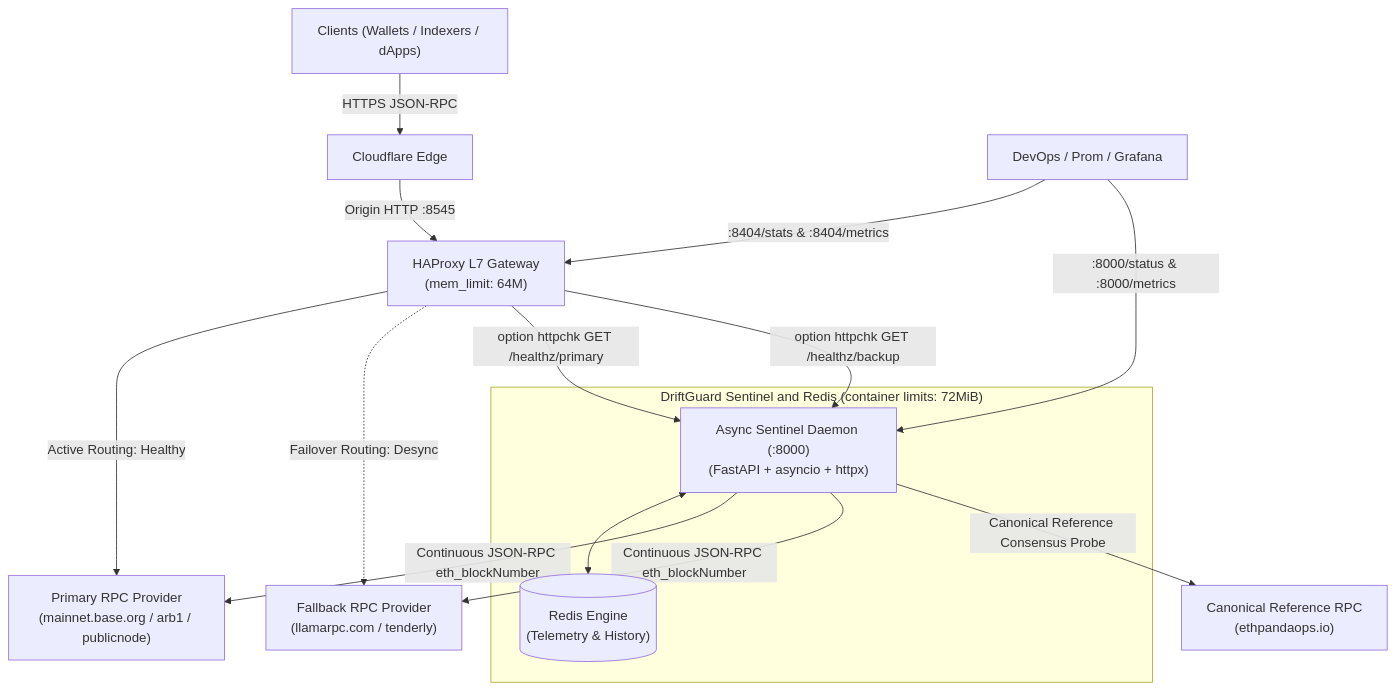
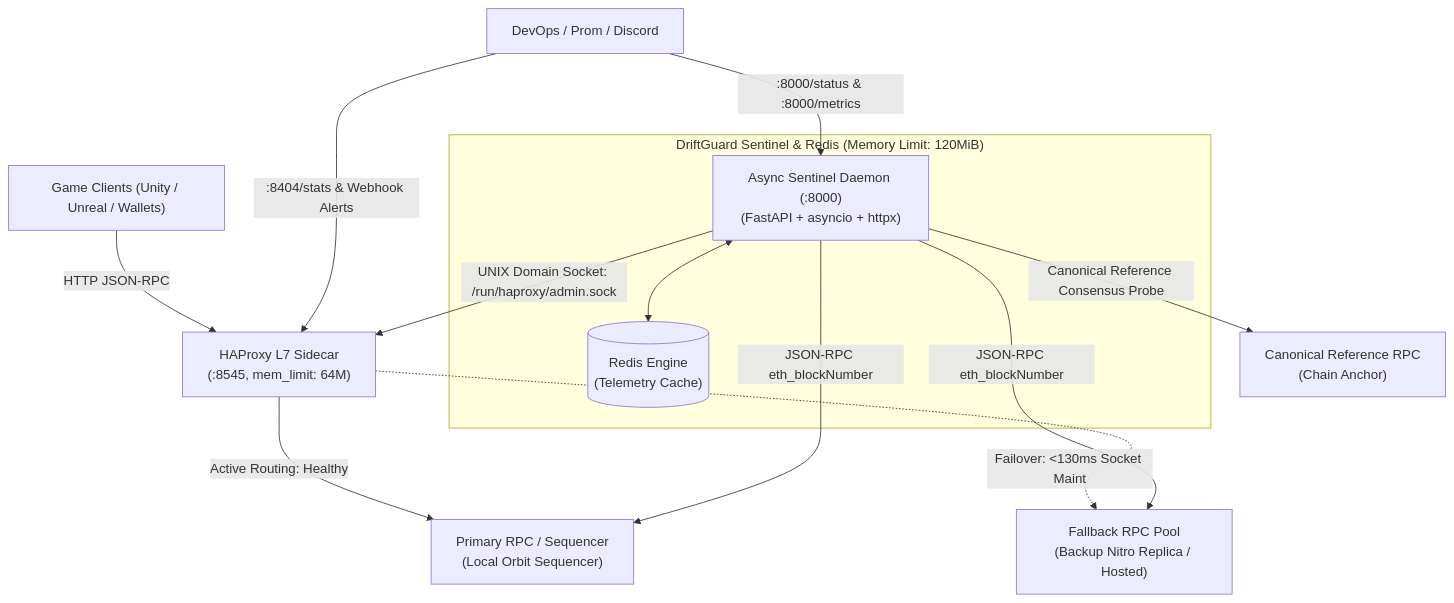
Before and after one commit to maskalfreeup-glitch/driftguard: the diagram in README.md, drawn with Mermaid. The commit also changed other lines of this file and 9 other files, not shown here.

Commit message:
docs(positioning): pivot project framing to orbit l3 sidecar tooling and integrate oct 4 post-mortem

````diff
--- a/README.md
+++ b/README.md
@@ -177,24 +208,22 @@
 ```mermaid
 flowchart TD
-    Client["Clients (Wallets / Indexers / dApps)"] -->|HTTPS JSON-RPC| CF["Cloudflare Edge"]
-    CF -->|Origin HTTP :8545| HAP["HAProxy L7 Gateway\n(mem_limit: 64M)"]
+    Client["Game Clients (Unity / Unreal / Wallets)"] -->|HTTP JSON-RPC| HAP["HAProxy L7 Sidecar\n(:8545, mem_limit: 64M)"]
     
-    HAP -->|Active Routing: Healthy| P["Primary RPC Provider\n(mainnet.base.org / arb1 / publicnode)"]
-    HAP -.->|Failover Routing: Desync| F["Fallback RPC Provider\n(llamarpc.com / tenderly)"]
+    HAP -->|Active Routing: Healthy| P["Primary RPC / Sequencer\n(Local Orbit Sequencer)"]
+    HAP -.->|Failover: <130ms Socket Maint| F["Fallback RPC Pool\n(Backup Nitro Replica / Hosted)"]
     
-    subgraph Sentinel_Engine ["DriftGuard Sentinel and Redis (container limits: 72MiB)"]
+    subgraph Sentinel_Engine ["DriftGuard Sentinel & Redis (Memory Limit: 120MiB)"]
         S["Async Sentinel Daemon (:8000)\n(FastAPI + asyncio + httpx)"]
-        R[("Redis Engine\n(Telemetry & History)")]
+        R[("Redis Engine\n(Telemetry Cache)")]
         S <--> R
     end
 
-    S -->|Continuous JSON-RPC eth_blockNumber| P
-    S -->|Continuous JSON-RPC eth_blockNumber| F
-    S -->|Canonical Reference Consensus Probe| C["Canonical Reference RPC\n(ethpandaops.io)"]
+    S -->|JSON-RPC eth_blockNumber| P
+    S -->|JSON-RPC eth_blockNumber| F
+    S -->|Canonical Reference Consensus Probe| C["Canonical Reference RPC\n(Chain Anchor)"]
     
-    HAP -->|option httpchk GET /healthz/primary| S
-    HAP -->|option httpchk GET /healthz/backup| S
+    S -->|UNIX Domain Socket: /run/haproxy/admin.sock| HAP
 
-    Operator["DevOps / Prom / Grafana"] -->|:8404/stats & :8404/metrics| HAP
+    Operator["DevOps / Prom / Discord"] -->|:8404/stats & Webhook Alerts| HAP
     Operator -->|:8000/status & :8000/metrics| S
 ```
````
